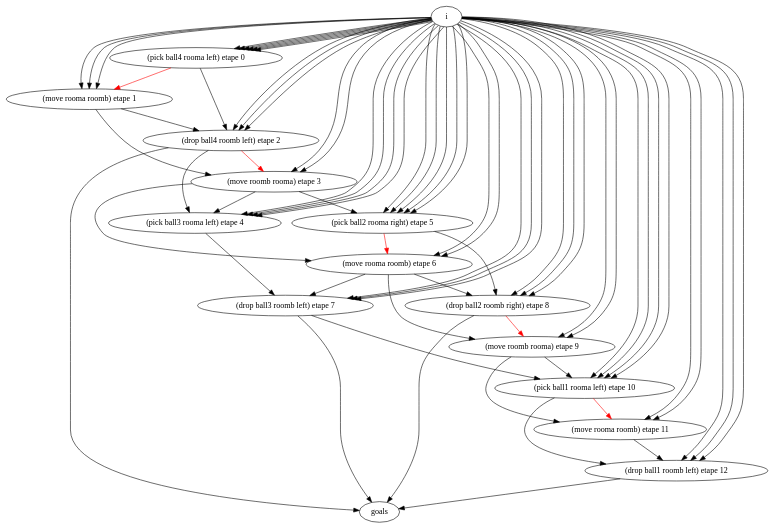
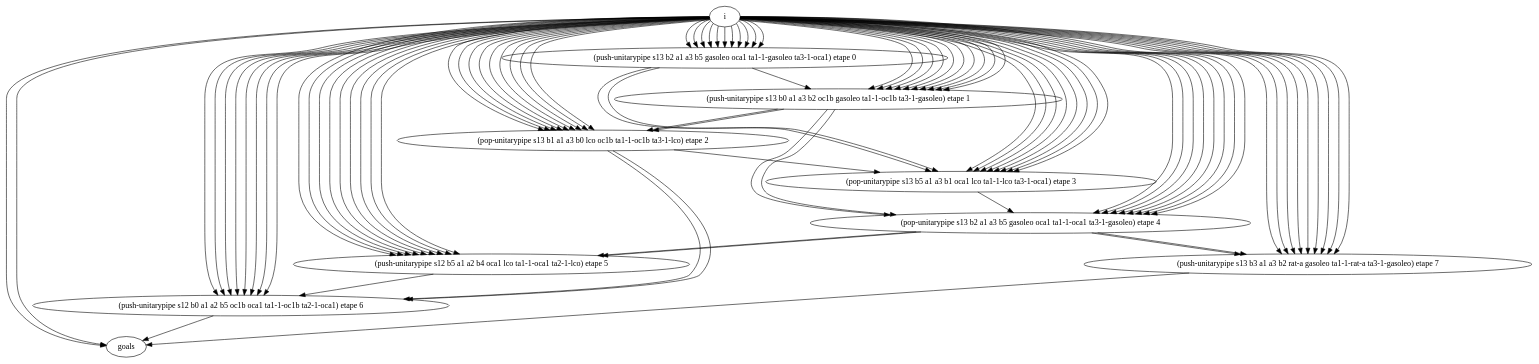
Before and after one commit to plaans/aries: the diagram in graphiquetemp.dot, drawn with Graphviz. The commit also changed 9 other files, not shown here.

```diff
--- a/graphiquetemp.dot
+++ b/graphiquetemp.dot
@@ -1,71 +1,95 @@
 digraph D { 
-" i " -> "(pick ball4 rooma left) etape 0";
-" i " -> "(pick ball4 rooma left) etape 0";
-" i " -> "(pick ball4 rooma left) etape 0";
-" i " -> "(pick ball4 rooma left) etape 0";
-" i " -> "(pick ball4 rooma left) etape 0";
-" i " -> "(pick ball4 rooma left) etape 0";
-" i " -> "(move rooma roomb) etape 1";
-" i " -> "(move rooma roomb) etape 1";
-" i " -> "(move rooma roomb) etape 1";
-" i " -> "(drop ball4 roomb left) etape 2";
-" i " -> "(drop ball4 roomb left) etape 2";
-" i " -> "(drop ball4 roomb left) etape 2";
-"(move rooma roomb) etape 1" -> "(drop ball4 roomb left) etape 2";
-"(pick ball4 rooma left) etape 0" -> "(drop ball4 roomb left) etape 2";
-" i " -> "(move roomb rooma) etape 3";
-" i " -> "(move roomb rooma) etape 3";
-"(move rooma roomb) etape 1" -> "(move roomb rooma) etape 3";
-" i " -> "(pick ball3 rooma left) etape 4";
-" i " -> "(pick ball3 rooma left) etape 4";
-" i " -> "(pick ball3 rooma left) etape 4";
-"(move roomb rooma) etape 3" -> "(pick ball3 rooma left) etape 4";
-" i " -> "(pick ball3 rooma left) etape 4";
-"(drop ball4 roomb left) etape 2" -> "(pick ball3 rooma left) etape 4";
-" i " -> "(pick ball2 rooma right) etape 5";
-" i " -> "(pick ball2 rooma right) etape 5";
-" i " -> "(pick ball2 rooma right) etape 5";
-"(move roomb rooma) etape 3" -> "(pick ball2 rooma right) etape 5";
-" i " -> "(pick ball2 rooma right) etape 5";
-" i " -> "(pick ball2 rooma right) etape 5";
-" i " -> "(move rooma roomb) etape 6";
-" i " -> "(move rooma roomb) etape 6";
-"(move roomb rooma) etape 3" -> "(move rooma roomb) etape 6";
-" i " -> "(drop ball3 roomb left) etape 7";
-" i " -> "(drop ball3 roomb left) etape 7";
-" i " -> "(drop ball3 roomb left) etape 7";
-"(move rooma roomb) etape 6" -> "(drop ball3 roomb left) etape 7";
-"(pick ball3 rooma left) etape 4" -> "(drop ball3 roomb left) etape 7";
-" i " -> "(drop ball2 roomb right) etape 8";
-" i " -> "(drop ball2 roomb right) etape 8";
-" i " -> "(drop ball2 roomb right) etape 8";
-"(move rooma roomb) etape 6" -> "(drop ball2 roomb right) etape 8";
-"(pick ball2 rooma right) etape 5" -> "(drop ball2 roomb right) etape 8";
-" i " -> "(move roomb rooma) etape 9";
-" i " -> "(move roomb rooma) etape 9";
-"(move rooma roomb) etape 6" -> "(move roomb rooma) etape 9";
-" i " -> "(pick ball1 rooma left) etape 10";
-" i " -> "(pick ball1 rooma left) etape 10";
-" i " -> "(pick ball1 rooma left) etape 10";
-"(move roomb rooma) etape 9" -> "(pick ball1 rooma left) etape 10";
-" i " -> "(pick ball1 rooma left) etape 10";
-"(drop ball3 roomb left) etape 7" -> "(pick ball1 rooma left) etape 10";
-" i " -> "(move rooma roomb) etape 11";
-" i " -> "(move rooma roomb) etape 11";
-"(move roomb rooma) etape 9" -> "(move rooma roomb) etape 11";
-" i " -> "(drop ball1 roomb left) etape 12";
-" i " -> "(drop ball1 roomb left) etape 12";
-" i " -> "(drop ball1 roomb left) etape 12";
-"(move rooma roomb) etape 11" -> "(drop ball1 roomb left) etape 12";
-"(pick ball1 rooma left) etape 10" -> "(drop ball1 roomb left) etape 12";
-"(drop ball4 roomb left) etape 2" -> goals;
-"(drop ball3 roomb left) etape 7" -> goals;
-"(drop ball2 roomb right) etape 8" -> goals;
-"(drop ball1 roomb left) etape 12" -> goals;
+" i " -> "(push-unitarypipe s13 b2 a1 a3 b5 gasoleo oca1 ta1-1-gasoleo ta3-1-oca1) etape 0";
+" i " -> "(push-unitarypipe s13 b2 a1 a3 b5 gasoleo oca1 ta1-1-gasoleo ta3-1-oca1) etape 0";
+" i " -> "(push-unitarypipe s13 b2 a1 a3 b5 gasoleo oca1 ta1-1-gasoleo ta3-1-oca1) etape 0";
+" i " -> "(push-unitarypipe s13 b2 a1 a3 b5 gasoleo oca1 ta1-1-gasoleo ta3-1-oca1) etape 0";
+" i " -> "(push-unitarypipe s13 b2 a1 a3 b5 gasoleo oca1 ta1-1-gasoleo ta3-1-oca1) etape 0";
+" i " -> "(push-unitarypipe s13 b2 a1 a3 b5 gasoleo oca1 ta1-1-gasoleo ta3-1-oca1) etape 0";
+" i " -> "(push-unitarypipe s13 b2 a1 a3 b5 gasoleo oca1 ta1-1-gasoleo ta3-1-oca1) etape 0";
+" i " -> "(push-unitarypipe s13 b2 a1 a3 b5 gasoleo oca1 ta1-1-gasoleo ta3-1-oca1) etape 0";
+" i " -> "(push-unitarypipe s13 b2 a1 a3 b5 gasoleo oca1 ta1-1-gasoleo ta3-1-oca1) etape 0";
+" i " -> "(push-unitarypipe s13 b2 a1 a3 b5 gasoleo oca1 ta1-1-gasoleo ta3-1-oca1) etape 0";
+" i " -> "(push-unitarypipe s13 b2 a1 a3 b5 gasoleo oca1 ta1-1-gasoleo ta3-1-oca1) etape 0";
+" i " -> "(push-unitarypipe s13 b0 a1 a3 b2 oc1b gasoleo ta1-1-oc1b ta3-1-gasoleo) etape 1";
+" i " -> "(push-unitarypipe s13 b0 a1 a3 b2 oc1b gasoleo ta1-1-oc1b ta3-1-gasoleo) etape 1";
+"(push-unitarypipe s13 b2 a1 a3 b5 gasoleo oca1 ta1-1-gasoleo ta3-1-oca1) etape 0" -> "(push-unitarypipe s13 b0 a1 a3 b2 oc1b gasoleo ta1-1-oc1b ta3-1-gasoleo) etape 1";
+" i " -> "(push-unitarypipe s13 b0 a1 a3 b2 oc1b gasoleo ta1-1-oc1b ta3-1-gasoleo) etape 1";
+" i " -> "(push-unitarypipe s13 b0 a1 a3 b2 oc1b gasoleo ta1-1-oc1b ta3-1-gasoleo) etape 1";
+" i " -> "(push-unitarypipe s13 b0 a1 a3 b2 oc1b gasoleo ta1-1-oc1b ta3-1-gasoleo) etape 1";
+" i " -> "(push-unitarypipe s13 b0 a1 a3 b2 oc1b gasoleo ta1-1-oc1b ta3-1-gasoleo) etape 1";
+" i " -> "(push-unitarypipe s13 b0 a1 a3 b2 oc1b gasoleo ta1-1-oc1b ta3-1-gasoleo) etape 1";
+" i " -> "(push-unitarypipe s13 b0 a1 a3 b2 oc1b gasoleo ta1-1-oc1b ta3-1-gasoleo) etape 1";
+" i " -> "(push-unitarypipe s13 b0 a1 a3 b2 oc1b gasoleo ta1-1-oc1b ta3-1-gasoleo) etape 1";
+" i " -> "(push-unitarypipe s13 b0 a1 a3 b2 oc1b gasoleo ta1-1-oc1b ta3-1-gasoleo) etape 1";
+" i " -> "(pop-unitarypipe s13 b1 a1 a3 b0 lco oc1b ta1-1-oc1b ta3-1-lco) etape 2";
+" i " -> "(pop-unitarypipe s13 b1 a1 a3 b0 lco oc1b ta1-1-oc1b ta3-1-lco) etape 2";
+"(push-unitarypipe s13 b0 a1 a3 b2 oc1b gasoleo ta1-1-oc1b ta3-1-gasoleo) etape 1" -> "(pop-unitarypipe s13 b1 a1 a3 b0 lco oc1b ta1-1-oc1b ta3-1-lco) etape 2";
+" i " -> "(pop-unitarypipe s13 b1 a1 a3 b0 lco oc1b ta1-1-oc1b ta3-1-lco) etape 2";
+" i " -> "(pop-unitarypipe s13 b1 a1 a3 b0 lco oc1b ta1-1-oc1b ta3-1-lco) etape 2";
+" i " -> "(pop-unitarypipe s13 b1 a1 a3 b0 lco oc1b ta1-1-oc1b ta3-1-lco) etape 2";
+" i " -> "(pop-unitarypipe s13 b1 a1 a3 b0 lco oc1b ta1-1-oc1b ta3-1-lco) etape 2";
+" i " -> "(pop-unitarypipe s13 b1 a1 a3 b0 lco oc1b ta1-1-oc1b ta3-1-lco) etape 2";
+" i " -> "(pop-unitarypipe s13 b1 a1 a3 b0 lco oc1b ta1-1-oc1b ta3-1-lco) etape 2";
+" i " -> "(pop-unitarypipe s13 b1 a1 a3 b0 lco oc1b ta1-1-oc1b ta3-1-lco) etape 2";
+"(push-unitarypipe s13 b0 a1 a3 b2 oc1b gasoleo ta1-1-oc1b ta3-1-gasoleo) etape 1" -> "(pop-unitarypipe s13 b1 a1 a3 b0 lco oc1b ta1-1-oc1b ta3-1-lco) etape 2";
+" i " -> "(pop-unitarypipe s13 b5 a1 a3 b1 oca1 lco ta1-1-lco ta3-1-oca1) etape 3";
+" i " -> "(pop-unitarypipe s13 b5 a1 a3 b1 oca1 lco ta1-1-lco ta3-1-oca1) etape 3";
+"(pop-unitarypipe s13 b1 a1 a3 b0 lco oc1b ta1-1-oc1b ta3-1-lco) etape 2" -> "(pop-unitarypipe s13 b5 a1 a3 b1 oca1 lco ta1-1-lco ta3-1-oca1) etape 3";
+" i " -> "(pop-unitarypipe s13 b5 a1 a3 b1 oca1 lco ta1-1-lco ta3-1-oca1) etape 3";
+" i " -> "(pop-unitarypipe s13 b5 a1 a3 b1 oca1 lco ta1-1-lco ta3-1-oca1) etape 3";
+"(push-unitarypipe s13 b2 a1 a3 b5 gasoleo oca1 ta1-1-gasoleo ta3-1-oca1) etape 0" -> "(pop-unitarypipe s13 b5 a1 a3 b1 oca1 lco ta1-1-lco ta3-1-oca1) etape 3";
+" i " -> "(pop-unitarypipe s13 b5 a1 a3 b1 oca1 lco ta1-1-lco ta3-1-oca1) etape 3";
+" i " -> "(pop-unitarypipe s13 b5 a1 a3 b1 oca1 lco ta1-1-lco ta3-1-oca1) etape 3";
+" i " -> "(pop-unitarypipe s13 b5 a1 a3 b1 oca1 lco ta1-1-lco ta3-1-oca1) etape 3";
+"(push-unitarypipe s13 b2 a1 a3 b5 gasoleo oca1 ta1-1-gasoleo ta3-1-oca1) etape 0" -> "(pop-unitarypipe s13 b5 a1 a3 b1 oca1 lco ta1-1-lco ta3-1-oca1) etape 3";
+" i " -> "(pop-unitarypipe s13 b5 a1 a3 b1 oca1 lco ta1-1-lco ta3-1-oca1) etape 3";
+" i " -> "(pop-unitarypipe s13 b2 a1 a3 b5 gasoleo oca1 ta1-1-oca1 ta3-1-gasoleo) etape 4";
+" i " -> "(pop-unitarypipe s13 b2 a1 a3 b5 gasoleo oca1 ta1-1-oca1 ta3-1-gasoleo) etape 4";
+"(pop-unitarypipe s13 b5 a1 a3 b1 oca1 lco ta1-1-lco ta3-1-oca1) etape 3" -> "(pop-unitarypipe s13 b2 a1 a3 b5 gasoleo oca1 ta1-1-oca1 ta3-1-gasoleo) etape 4";
+" i " -> "(pop-unitarypipe s13 b2 a1 a3 b5 gasoleo oca1 ta1-1-oca1 ta3-1-gasoleo) etape 4";
+" i " -> "(pop-unitarypipe s13 b2 a1 a3 b5 gasoleo oca1 ta1-1-oca1 ta3-1-gasoleo) etape 4";
+"(push-unitarypipe s13 b0 a1 a3 b2 oc1b gasoleo ta1-1-oc1b ta3-1-gasoleo) etape 1" -> "(pop-unitarypipe s13 b2 a1 a3 b5 gasoleo oca1 ta1-1-oca1 ta3-1-gasoleo) etape 4";
+" i " -> "(pop-unitarypipe s13 b2 a1 a3 b5 gasoleo oca1 ta1-1-oca1 ta3-1-gasoleo) etape 4";
+" i " -> "(pop-unitarypipe s13 b2 a1 a3 b5 gasoleo oca1 ta1-1-oca1 ta3-1-gasoleo) etape 4";
+" i " -> "(pop-unitarypipe s13 b2 a1 a3 b5 gasoleo oca1 ta1-1-oca1 ta3-1-gasoleo) etape 4";
+"(push-unitarypipe s13 b0 a1 a3 b2 oc1b gasoleo ta1-1-oc1b ta3-1-gasoleo) etape 1" -> "(pop-unitarypipe s13 b2 a1 a3 b5 gasoleo oca1 ta1-1-oca1 ta3-1-gasoleo) etape 4";
+" i " -> "(pop-unitarypipe s13 b2 a1 a3 b5 gasoleo oca1 ta1-1-oca1 ta3-1-gasoleo) etape 4";
+" i " -> "(push-unitarypipe s12 b5 a1 a2 b4 oca1 lco ta1-1-oca1 ta2-1-lco) etape 5";
+" i " -> "(push-unitarypipe s12 b5 a1 a2 b4 oca1 lco ta1-1-oca1 ta2-1-lco) etape 5";
+" i " -> "(push-unitarypipe s12 b5 a1 a2 b4 oca1 lco ta1-1-oca1 ta2-1-lco) etape 5";
+" i " -> "(push-unitarypipe s12 b5 a1 a2 b4 oca1 lco ta1-1-oca1 ta2-1-lco) etape 5";
+" i " -> "(push-unitarypipe s12 b5 a1 a2 b4 oca1 lco ta1-1-oca1 ta2-1-lco) etape 5";
+"(pop-unitarypipe s13 b2 a1 a3 b5 gasoleo oca1 ta1-1-oca1 ta3-1-gasoleo) etape 4" -> "(push-unitarypipe s12 b5 a1 a2 b4 oca1 lco ta1-1-oca1 ta2-1-lco) etape 5";
+" i " -> "(push-unitarypipe s12 b5 a1 a2 b4 oca1 lco ta1-1-oca1 ta2-1-lco) etape 5";
+" i " -> "(push-unitarypipe s12 b5 a1 a2 b4 oca1 lco ta1-1-oca1 ta2-1-lco) etape 5";
+" i " -> "(push-unitarypipe s12 b5 a1 a2 b4 oca1 lco ta1-1-oca1 ta2-1-lco) etape 5";
+"(pop-unitarypipe s13 b2 a1 a3 b5 gasoleo oca1 ta1-1-oca1 ta3-1-gasoleo) etape 4" -> "(push-unitarypipe s12 b5 a1 a2 b4 oca1 lco ta1-1-oca1 ta2-1-lco) etape 5";
+" i " -> "(push-unitarypipe s12 b5 a1 a2 b4 oca1 lco ta1-1-oca1 ta2-1-lco) etape 5";
+" i " -> "(push-unitarypipe s12 b0 a1 a2 b5 oc1b oca1 ta1-1-oc1b ta2-1-oca1) etape 6";
+" i " -> "(push-unitarypipe s12 b0 a1 a2 b5 oc1b oca1 ta1-1-oc1b ta2-1-oca1) etape 6";
+"(push-unitarypipe s12 b5 a1 a2 b4 oca1 lco ta1-1-oca1 ta2-1-lco) etape 5" -> "(push-unitarypipe s12 b0 a1 a2 b5 oc1b oca1 ta1-1-oc1b ta2-1-oca1) etape 6";
+" i " -> "(push-unitarypipe s12 b0 a1 a2 b5 oc1b oca1 ta1-1-oc1b ta2-1-oca1) etape 6";
+" i " -> "(push-unitarypipe s12 b0 a1 a2 b5 oc1b oca1 ta1-1-oc1b ta2-1-oca1) etape 6";
+"(pop-unitarypipe s13 b1 a1 a3 b0 lco oc1b ta1-1-oc1b ta3-1-lco) etape 2" -> "(push-unitarypipe s12 b0 a1 a2 b5 oc1b oca1 ta1-1-oc1b ta2-1-oca1) etape 6";
+" i " -> "(push-unitarypipe s12 b0 a1 a2 b5 oc1b oca1 ta1-1-oc1b ta2-1-oca1) etape 6";
+" i " -> "(push-unitarypipe s12 b0 a1 a2 b5 oc1b oca1 ta1-1-oc1b ta2-1-oca1) etape 6";
+" i " -> "(push-unitarypipe s12 b0 a1 a2 b5 oc1b oca1 ta1-1-oc1b ta2-1-oca1) etape 6";
+"(pop-unitarypipe s13 b1 a1 a3 b0 lco oc1b ta1-1-oc1b ta3-1-lco) etape 2" -> "(push-unitarypipe s12 b0 a1 a2 b5 oc1b oca1 ta1-1-oc1b ta2-1-oca1) etape 6";
+" i " -> "(push-unitarypipe s12 b0 a1 a2 b5 oc1b oca1 ta1-1-oc1b ta2-1-oca1) etape 6";
+" i " -> "(push-unitarypipe s13 b3 a1 a3 b2 rat-a gasoleo ta1-1-rat-a ta3-1-gasoleo) etape 7";
+" i " -> "(push-unitarypipe s13 b3 a1 a3 b2 rat-a gasoleo ta1-1-rat-a ta3-1-gasoleo) etape 7";
+"(pop-unitarypipe s13 b2 a1 a3 b5 gasoleo oca1 ta1-1-oca1 ta3-1-gasoleo) etape 4" -> "(push-unitarypipe s13 b3 a1 a3 b2 rat-a gasoleo ta1-1-rat-a ta3-1-gasoleo) etape 7";
+" i " -> "(push-unitarypipe s13 b3 a1 a3 b2 rat-a gasoleo ta1-1-rat-a ta3-1-gasoleo) etape 7";
+" i " -> "(push-unitarypipe s13 b3 a1 a3 b2 rat-a gasoleo ta1-1-rat-a ta3-1-gasoleo) etape 7";
+" i " -> "(push-unitarypipe s13 b3 a1 a3 b2 rat-a gasoleo ta1-1-rat-a ta3-1-gasoleo) etape 7";
+" i " -> "(push-unitarypipe s13 b3 a1 a3 b2 rat-a gasoleo ta1-1-rat-a ta3-1-gasoleo) etape 7";
+" i " -> "(push-unitarypipe s13 b3 a1 a3 b2 rat-a gasoleo ta1-1-rat-a ta3-1-gasoleo) etape 7";
+" i " -> "(push-unitarypipe s13 b3 a1 a3 b2 rat-a gasoleo ta1-1-rat-a ta3-1-gasoleo) etape 7";
+" i " -> "(push-unitarypipe s13 b3 a1 a3 b2 rat-a gasoleo ta1-1-rat-a ta3-1-gasoleo) etape 7";
+"(pop-unitarypipe s13 b2 a1 a3 b5 gasoleo oca1 ta1-1-oca1 ta3-1-gasoleo) etape 4" -> "(push-unitarypipe s13 b3 a1 a3 b2 rat-a gasoleo ta1-1-rat-a ta3-1-gasoleo) etape 7";
+"(push-unitarypipe s13 b3 a1 a3 b2 rat-a gasoleo ta1-1-rat-a ta3-1-gasoleo) etape 7" -> goals;
+"(push-unitarypipe s12 b0 a1 a2 b5 oc1b oca1 ta1-1-oc1b ta2-1-oca1) etape 6" -> goals;
+" i " -> goals;
+" i " -> goals;
 edge [color=red];
-"(pick ball4 rooma left) etape 0" -> "(move rooma roomb) etape 1";
-"(drop ball4 roomb left) etape 2" -> "(move roomb rooma) etape 3";
-"(pick ball2 rooma right) etape 5" -> "(move rooma roomb) etape 6";
-"(drop ball2 roomb right) etape 8" -> "(move roomb rooma) etape 9";
-"(pick ball1 rooma left) etape 10" -> "(move rooma roomb) etape 11";
 } 
```
